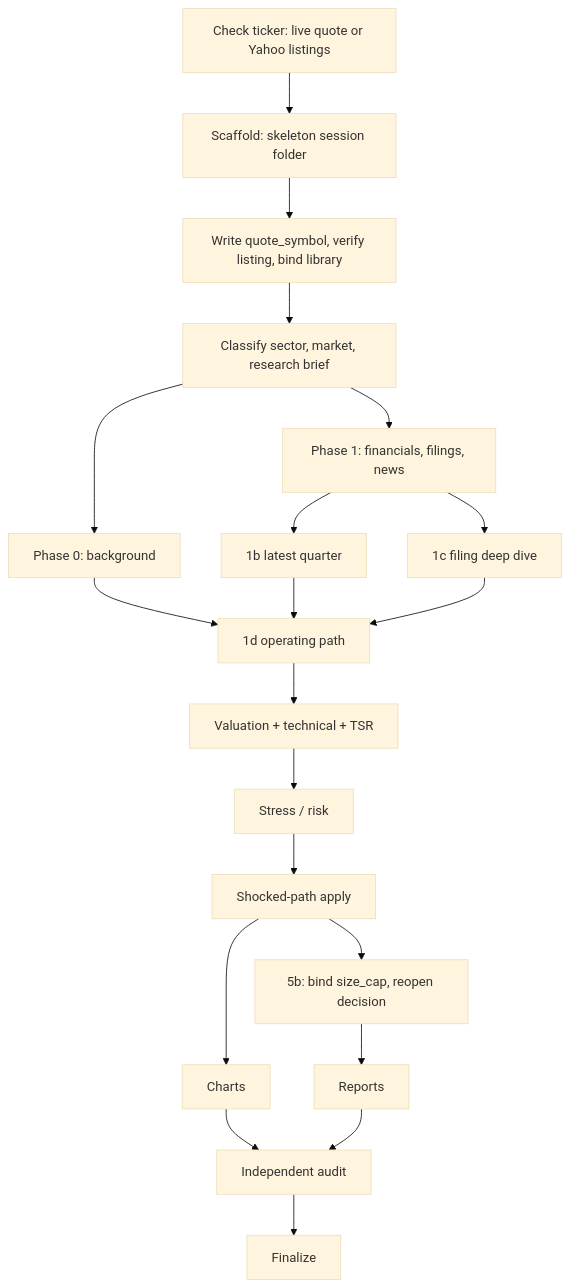
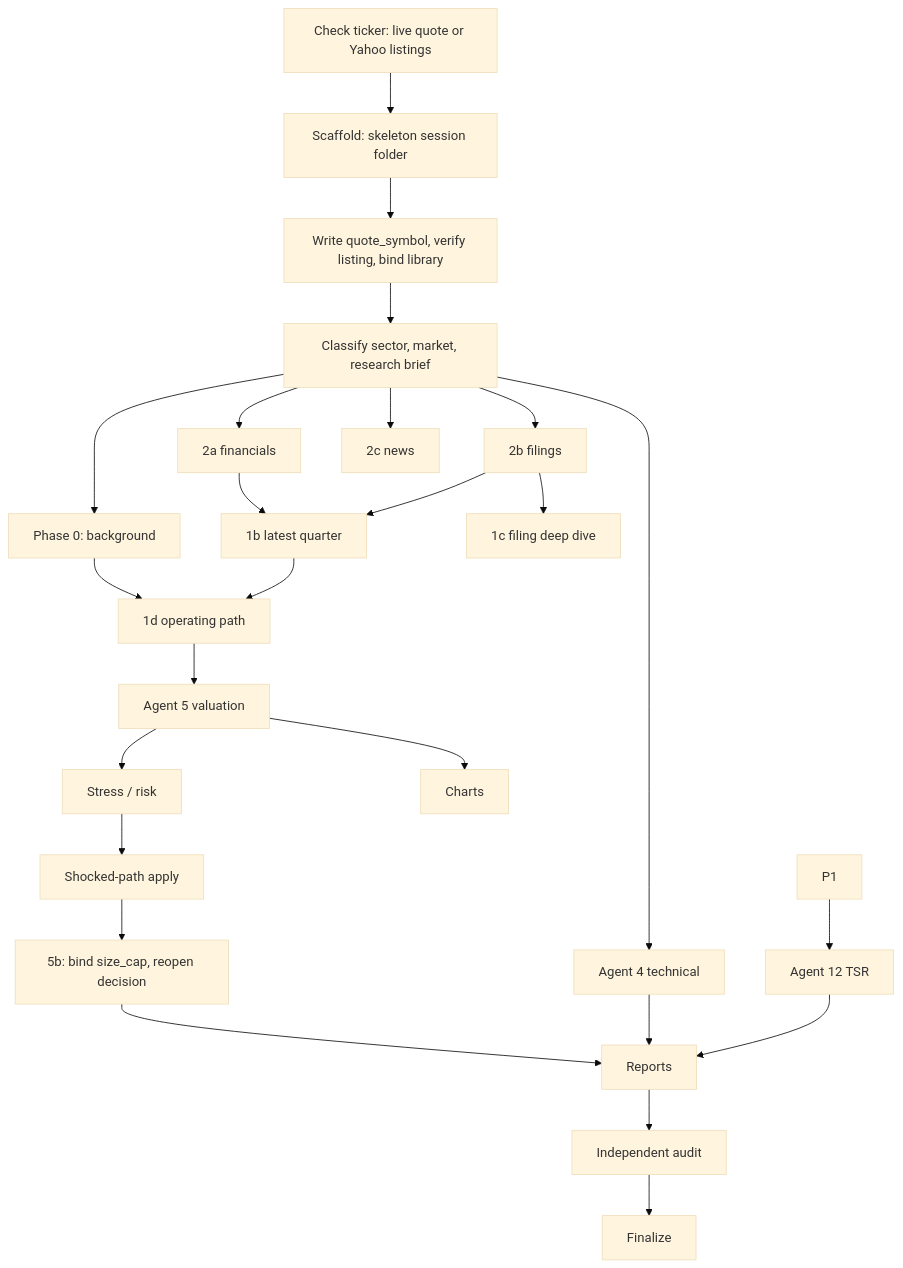
The second of 3 diagrams in ARCHITECTURE.md (hychowah/stock-analyzer), drawn with Mermaid (base theme) before and after one commit. The commit also changed other lines of this file and 148 other files, not shown here.

````diff
--- a/ARCHITECTURE.md
+++ b/ARCHITECTURE.md
@@ -121,22 +121,27 @@
 ```mermaid
 flowchart TD
   Check[Check ticker: live quote or Yahoo listings] --> Scaffold[Scaffold: skeleton session folder]
   Scaffold --> Stamp[Write quote_symbol, verify listing, bind library]
   Stamp --> Classify[Classify sector, market, research brief]
   Classify --> P0[Phase 0: background]
-  Classify --> P1[Phase 1: financials, filings, news]
-  P1 --> P1b[1b latest quarter]
-  P1 --> P1c[1c filing deep dive]
+  Classify --> Fin[2a financials]
+  Classify --> Fil[2b filings]
+  Classify --> News[2c news]
+  Fin --> P1b[1b latest quarter]
+  Fil --> P1b
+  Fil --> P1c[1c filing deep dive]
   P0 --> P1d[1d operating path]
   P1b --> P1d
-  P1c --> P1d
-  P1d --> Val[Valuation + technical + TSR]
-  Val --> Stress[Stress / risk]
+  P1d --> Val5[Agent 5 valuation]
+  Classify --> Tech[Agent 4 technical]
+  P1 --> Tsr[Agent 12 TSR]
+  Val5 --> Stress[Stress / risk]
   Stress --> Apply[Shocked-path apply]
   Apply --> Reopen[5b: bind size_cap, reopen decision]
-  Apply --> Charts[Charts]
+  Val5 --> Charts[Charts]
   Reopen --> Reports[Reports]
-  Charts --> Audit[Independent audit]
-  Reports --> Audit
+  Tech --> Reports
+  Tsr --> Reports
+  Reports --> Audit[Independent audit]
   Audit --> Final[Finalize]
 ```
````
